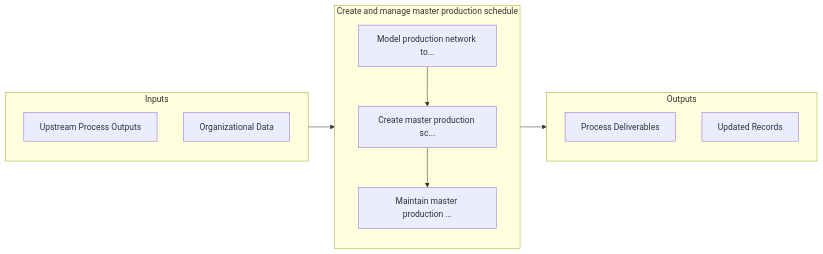
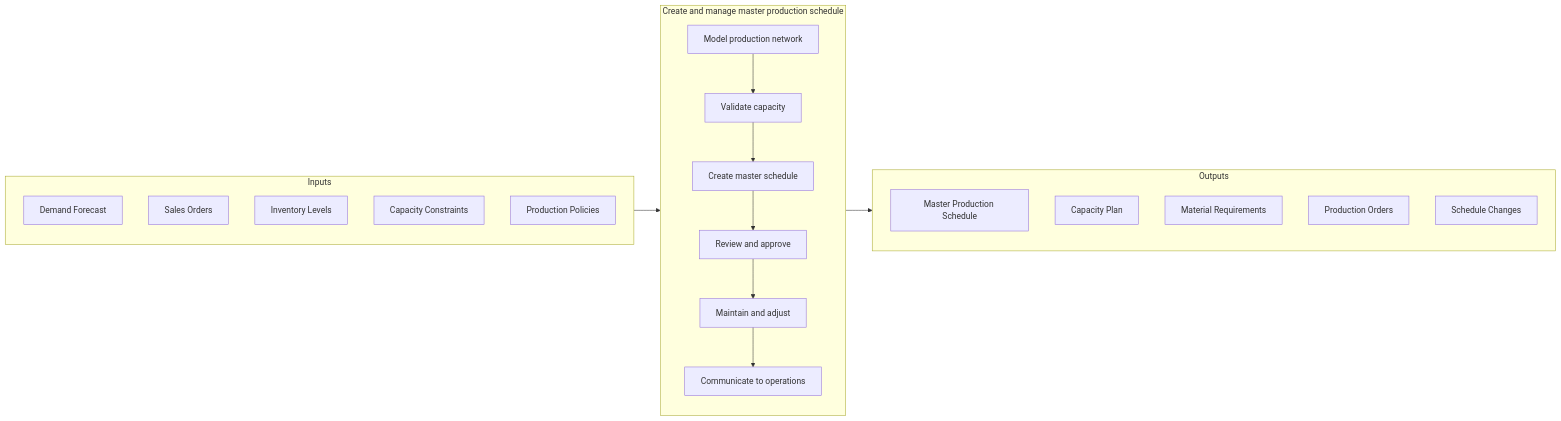
Before and after one commit to kziemski/business.org.ai: the second of 2 diagrams in processes/04-Delivery/4.1-PlanAlignSupplyChain/4.1.4-CreateManageMasterProduction/index.mdx, drawn with Mermaid. The commit also changed other lines of this file and 885 other files, not shown here.

````diff
--- a/processes/04-Delivery/4.1-PlanAlignSupplyChain/4.1.4-CreateManageMasterProduction/index.mdx
+++ b/processes/04-Delivery/4.1-PlanAlignSupplyChain/4.1.4-CreateManageMasterProduction/index.mdx
@@ -61,22 +61,31 @@
 ```mermaid
 flowchart LR
     subgraph Inputs["Inputs"]
-        I1["Upstream Process Outputs"]
-        I2["Organizational Data"]
+        I1["Demand Forecast"]
+        I2["Sales Orders"]
+        I3["Inventory Levels"]
+        I4["Capacity Constraints"]
+        I5["Production Policies"]
     end
 
     subgraph Process["Create and manage master production schedule"]
-        S1["Model production network to..."]
-        S2["Create master production sc..."]
-        S3["Maintain master production ..."]
+        S1["Model production network"]
+        S2["Validate capacity"]
+        S3["Create master schedule"]
+        S4["Review and approve"]
+        S5["Maintain and adjust"]
+        S6["Communicate to operations"]
+
+        S1 --> S2 --> S3 --> S4 --> S5 --> S6
     end
 
     subgraph Outputs["Outputs"]
-        O1["Process Deliverables"]
-        O2["Updated Records"]
+        O1["Master Production Schedule"]
+        O2["Capacity Plan"]
+        O3["Material Requirements"]
+        O4["Production Orders"]
+        O5["Schedule Changes"]
     end
 
     Inputs --> Process --> Outputs
-    S1 --> S2
-    S2 --> S3
 ```
````
